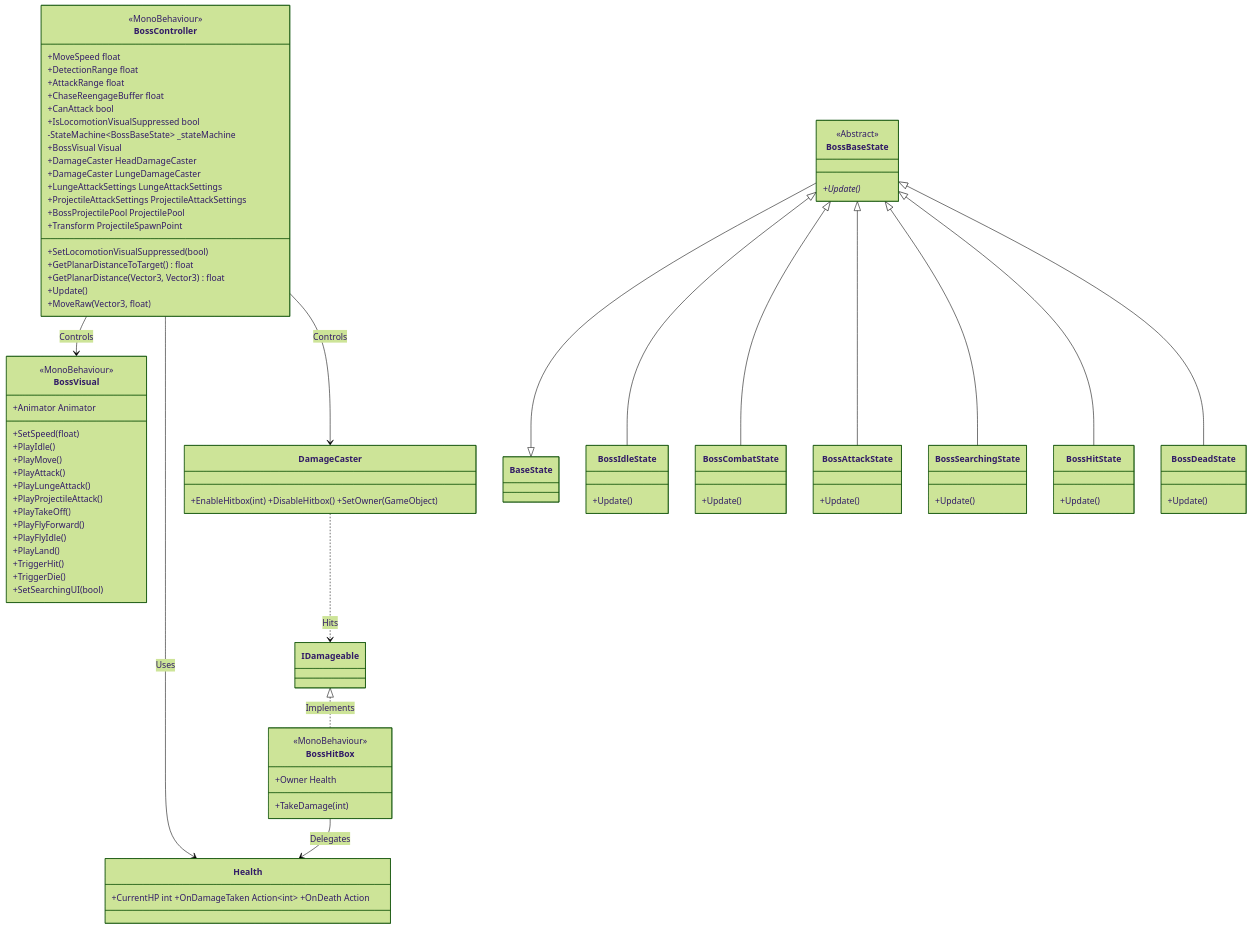
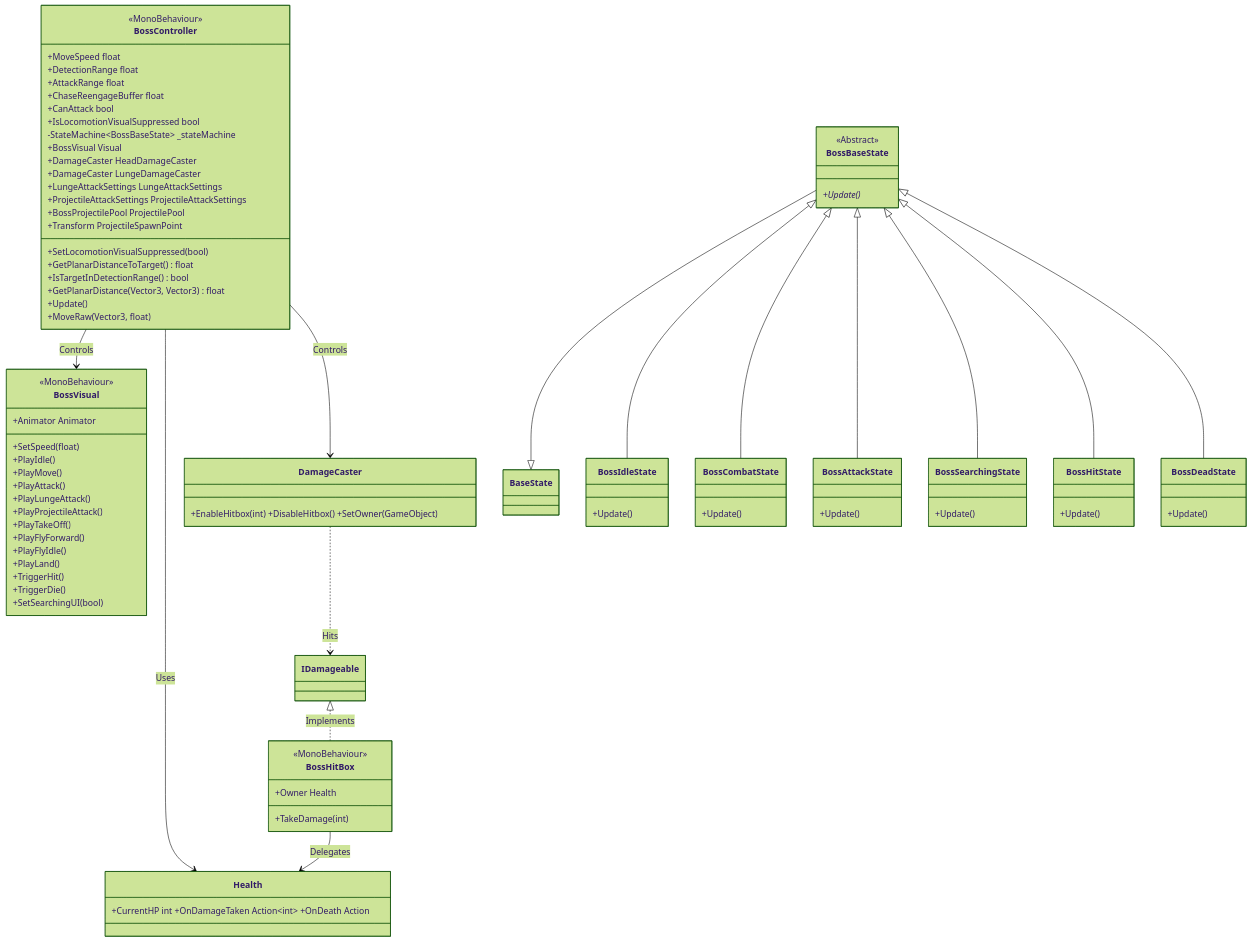
The second of 4 diagrams in docs/technical/System_Blueprint.md (rozlfdl31-prog/BossRaidPortfolio), drawn with Mermaid (forest theme) before and after one commit. The commit also changed other lines of this file and 10 other files, not shown here.

```diff
--- a/docs/technical/System_Blueprint.md
+++ b/docs/technical/System_Blueprint.md
@@ -153,6 +153,7 @@
         +Transform ProjectileSpawnPoint
         +SetLocomotionVisualSuppressed(bool)
         +GetPlanarDistanceToTarget() float
+        +IsTargetInDetectionRange() bool
         +GetPlanarDistance(Vector3, Vector3) float
         +Update()
         +MoveRaw(Vector3, float)
```
